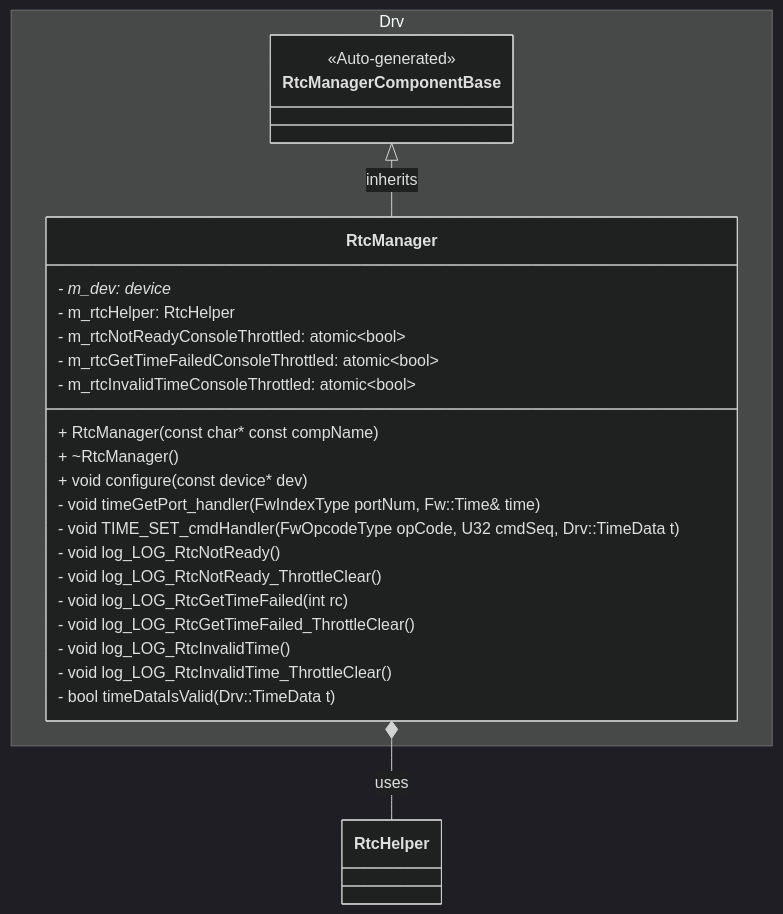
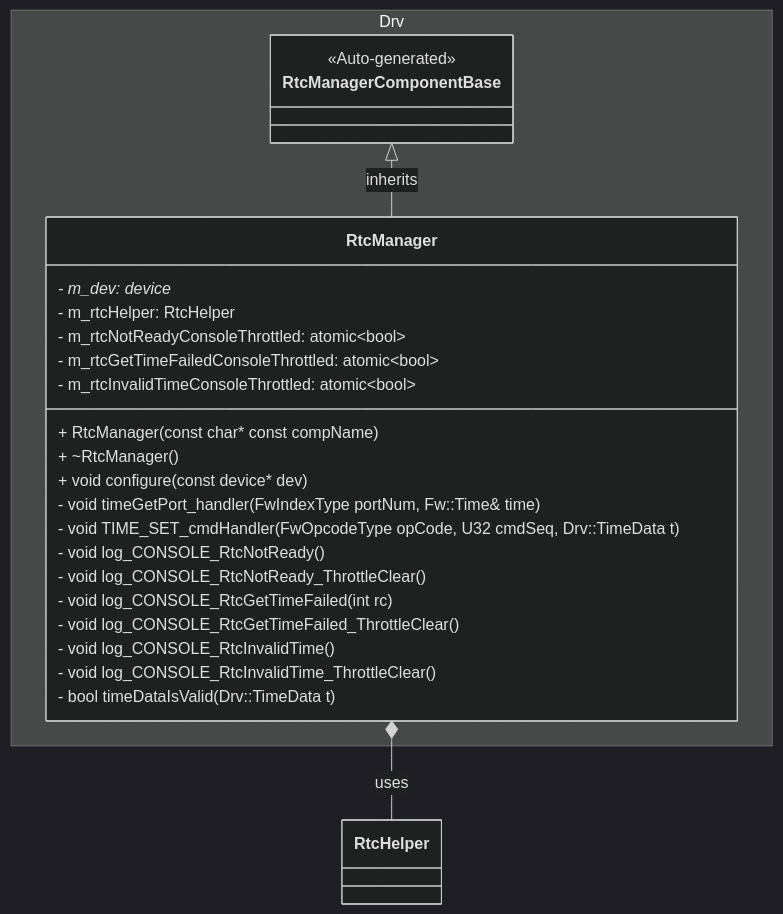
Before and after one commit to Open-Source-Space-Foundation/proves-core-reference: the first of 8 diagrams in PROVESFlightControllerReference/Components/Drv/RtcManager/docs/sdd.md, drawn with Mermaid (dark theme). The commit also changed 2 other files, not shown here.

Commit message:
Change log_Log stuttering

````diff
--- a/PROVESFlightControllerReference/Components/Drv/RtcManager/docs/sdd.md
+++ b/PROVESFlightControllerReference/Components/Drv/RtcManager/docs/sdd.md
@@ -93,30 +93,30 @@
 ```mermaid
 classDiagram
     namespace Drv {
         class RtcManagerComponentBase {
             <<Auto-generated>>
         }
         class RtcManager {
             - m_dev: device*
             - m_rtcHelper: RtcHelper
             - m_rtcNotReadyConsoleThrottled: atomic~bool~
             - m_rtcGetTimeFailedConsoleThrottled: atomic~bool~
             - m_rtcInvalidTimeConsoleThrottled: atomic~bool~
 
             + RtcManager(const char* const compName)
             + ~RtcManager()
             + void configure(const device* dev)
             - void timeGetPort_handler(FwIndexType portNum, Fw::Time& time)
             - void TIME_SET_cmdHandler(FwOpcodeType opCode, U32 cmdSeq, Drv::TimeData t)
-            - void log_LOG_RtcNotReady()
-            - void log_LOG_RtcNotReady_ThrottleClear()
-            - void log_LOG_RtcGetTimeFailed(int rc)
-            - void log_LOG_RtcGetTimeFailed_ThrottleClear()
-            - void log_LOG_RtcInvalidTime()
-            - void log_LOG_RtcInvalidTime_ThrottleClear()
+            - void log_CONSOLE_RtcNotReady()
+            - void log_CONSOLE_RtcNotReady_ThrottleClear()
+            - void log_CONSOLE_RtcGetTimeFailed(int rc)
+            - void log_CONSOLE_RtcGetTimeFailed_ThrottleClear()
+            - void log_CONSOLE_RtcInvalidTime()
+            - void log_CONSOLE_RtcInvalidTime_ThrottleClear()
             - bool timeDataIsValid(Drv::TimeData t)
         }
     }
     RtcManagerComponentBase <|-- RtcManager : inherits
     RtcManager *-- RtcHelper : uses
 ```
````
